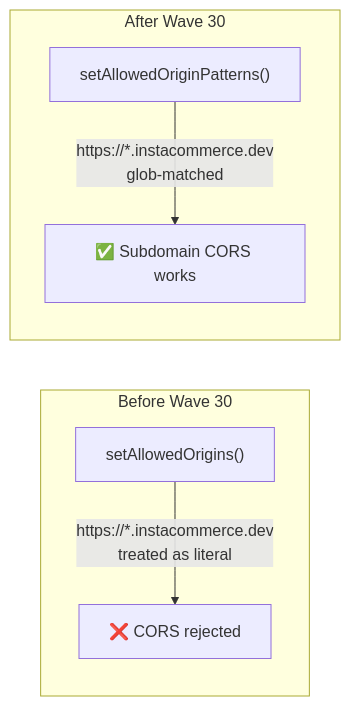
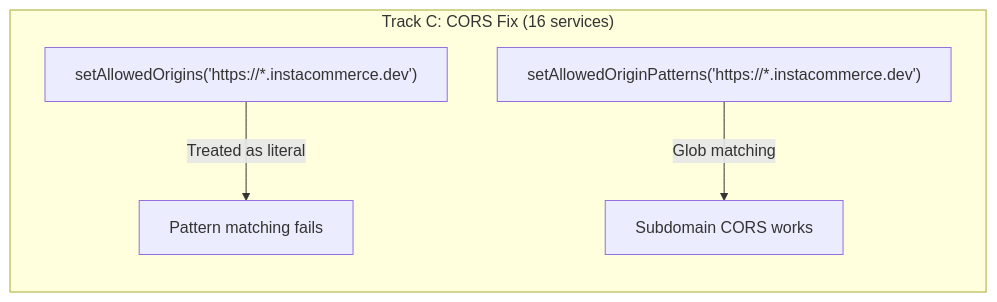
One commit to sunitakeazycommerz-a11y/InstaCommerce changed the third of 4 diagrams in docs/reviews/iter3/WAVE-30-IMPLEMENTATION.md. Above: the diagram before and after it, drawn with Mermaid. The commit also changed other lines of this file and 646 other files, not shown here.

First line of the commit message:
feat(platform): harden edge tier, standardize monorepo architecture, and archive historical docs

````diff
--- a/docs/reviews/iter3/WAVE-30-IMPLEMENTATION.md
+++ b/docs/reviews/iter3/WAVE-30-IMPLEMENTATION.md
@@ -100,10 +161,7 @@
 ```mermaid
 graph LR
-    subgraph "Before Wave 30"
-        A["setAllowedOrigins()"] -->|"https://*.instacommerce.dev<br/>treated as literal"| X["❌ CORS rejected"]
-    end
-
-    subgraph "After Wave 30"
-        B["setAllowedOriginPatterns()"] -->|"https://*.instacommerce.dev<br/>glob-matched"| Y["✅ Subdomain CORS works"]
+    subgraph "Track C: CORS Fix (16 services)"
+        Before["setAllowedOrigins('https://*.instacommerce.dev')"] -->|"Treated as literal"| Fail[Pattern matching fails]
+        After["setAllowedOriginPatterns('https://*.instacommerce.dev')"] -->|"Glob matching"| Pass[Subdomain CORS works]
     end
 ```
````
